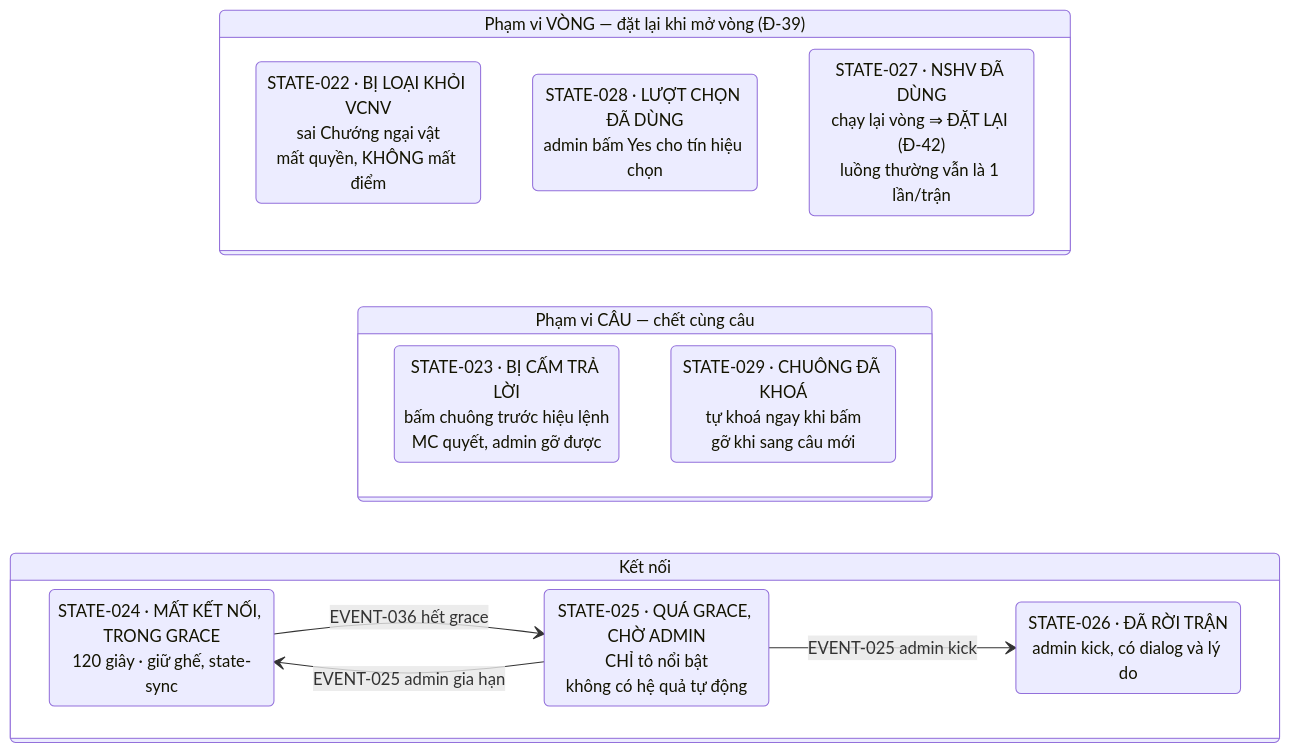
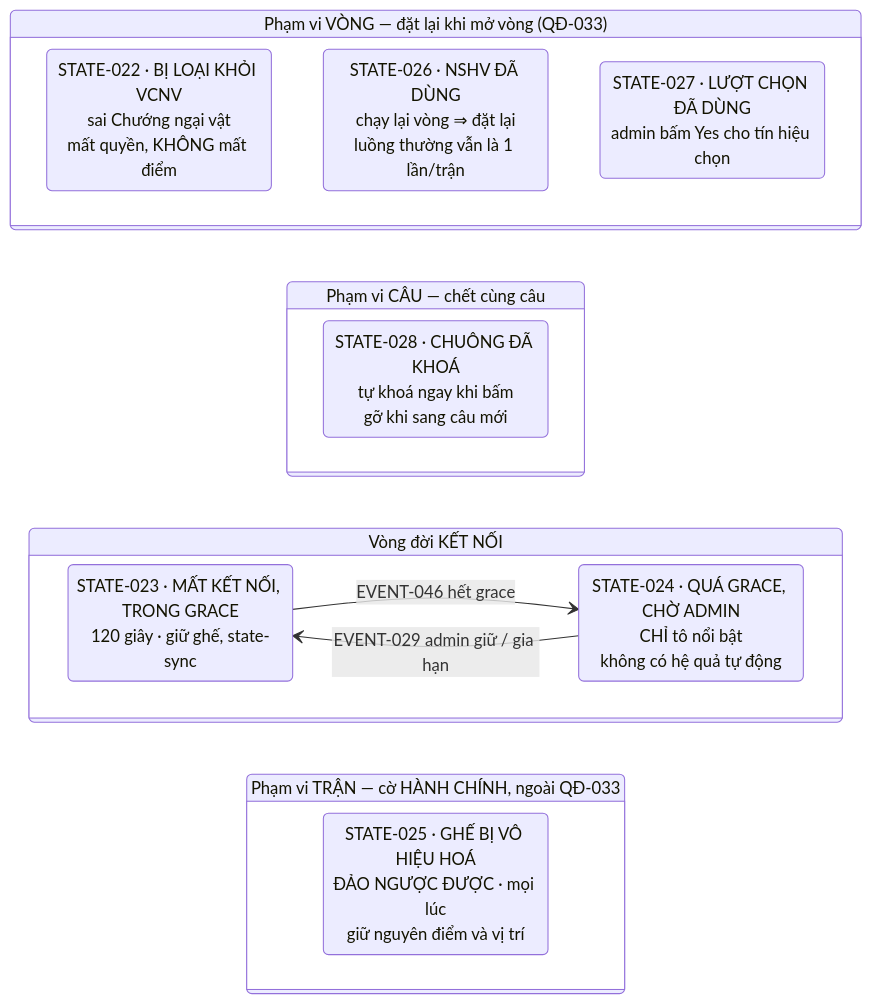
The fifth of 8 diagrams in docs/game-state-machine.md (Noboroto/KnowledgeDome), drawn with Mermaid before and after one commit. The commit also changed other lines of this file and 8 other files, not shown here.

````diff
--- a/docs/game-state-machine.md
+++ b/docs/game-state-machine.md
@@ -165,22 +169,22 @@
 ```mermaid
 stateDiagram-v2
   direction LR
-  state "Phạm vi VÒNG — đặt lại khi mở vòng (Đ-39)" as RS {
+  state "Phạm vi VÒNG — đặt lại khi mở vòng (QĐ-033)" as RS {
     S022: STATE-022 · BỊ LOẠI KHỎI VCNV<br/>sai Chướng ngại vật<br/>mất quyền, KHÔNG mất điểm
-    S028: STATE-028 · LƯỢT CHỌN ĐÃ DÙNG<br/>admin bấm Yes cho tín hiệu chọn
-    S027: STATE-027 · NSHV ĐÃ DÙNG<br/>chạy lại vòng ⇒ ĐẶT LẠI (Đ-42)<br/>luồng thường vẫn là 1 lần/trận
+    S026: STATE-026 · NSHV ĐÃ DÙNG<br/>chạy lại vòng ⇒ đặt lại<br/>luồng thường vẫn là 1 lần/trận
+    S027: STATE-027 · LƯỢT CHỌN ĐÃ DÙNG<br/>admin bấm Yes cho tín hiệu chọn
   }
   state "Phạm vi CÂU — chết cùng câu" as QS {
-    S023: STATE-023 · BỊ CẤM TRẢ LỜI<br/>bấm chuông trước hiệu lệnh<br/>MC quyết, admin gỡ được
-    S029: STATE-029 · CHUÔNG ĐÃ KHOÁ<br/>tự khoá ngay khi bấm<br/>gỡ khi sang câu mới
+    S028: STATE-028 · CHUÔNG ĐÃ KHOÁ<br/>tự khoá ngay khi bấm<br/>gỡ khi sang câu mới
   }
-  state "Kết nối" as CS {
+  state "Vòng đời KẾT NỐI" as CS {
     direction LR
-    S024: STATE-024 · MẤT KẾT NỐI, TRONG GRACE<br/>120 giây · giữ ghế, state-sync
-    S025: STATE-025 · QUÁ GRACE, CHỜ ADMIN<br/>CHỈ tô nổi bật<br/>không có hệ quả tự động
-    S026: STATE-026 · ĐÃ RỜI TRẬN<br/>admin kick, có dialog và lý do
-    S024 --> S025: EVENT-036 hết grace
-    S025 --> S026: EVENT-025 admin kick
-    S025 --> S024: EVENT-025 admin gia hạn
+    S023: STATE-023 · MẤT KẾT NỐI, TRONG GRACE<br/>120 giây · giữ ghế, state-sync
+    S024: STATE-024 · QUÁ GRACE, CHỜ ADMIN<br/>CHỈ tô nổi bật<br/>không có hệ quả tự động
+    S023 --> S024: EVENT-046 hết grace
+    S024 --> S023: EVENT-029 admin giữ / gia hạn
+  }
+  state "Phạm vi TRẬN — cờ HÀNH CHÍNH, ngoài QĐ-033" as AS {
+    S025: STATE-025 · GHẾ BỊ VÔ HIỆU HOÁ<br/>ĐẢO NGƯỢC ĐƯỢC · mọi lúc<br/>giữ nguyên điểm và vị trí
   }
 ```
````
